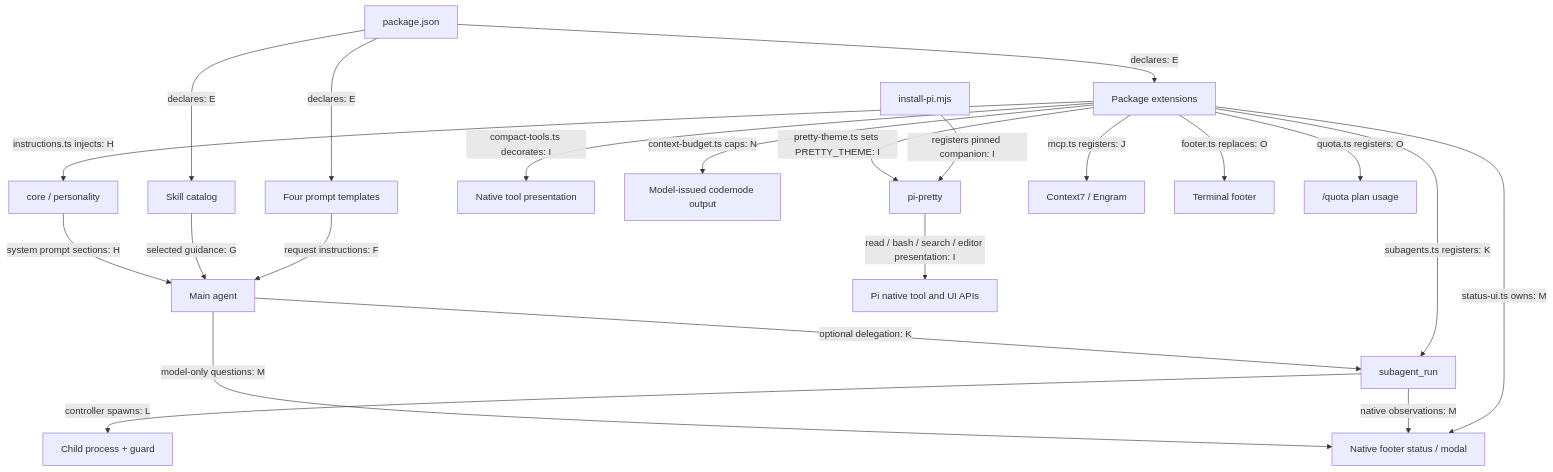
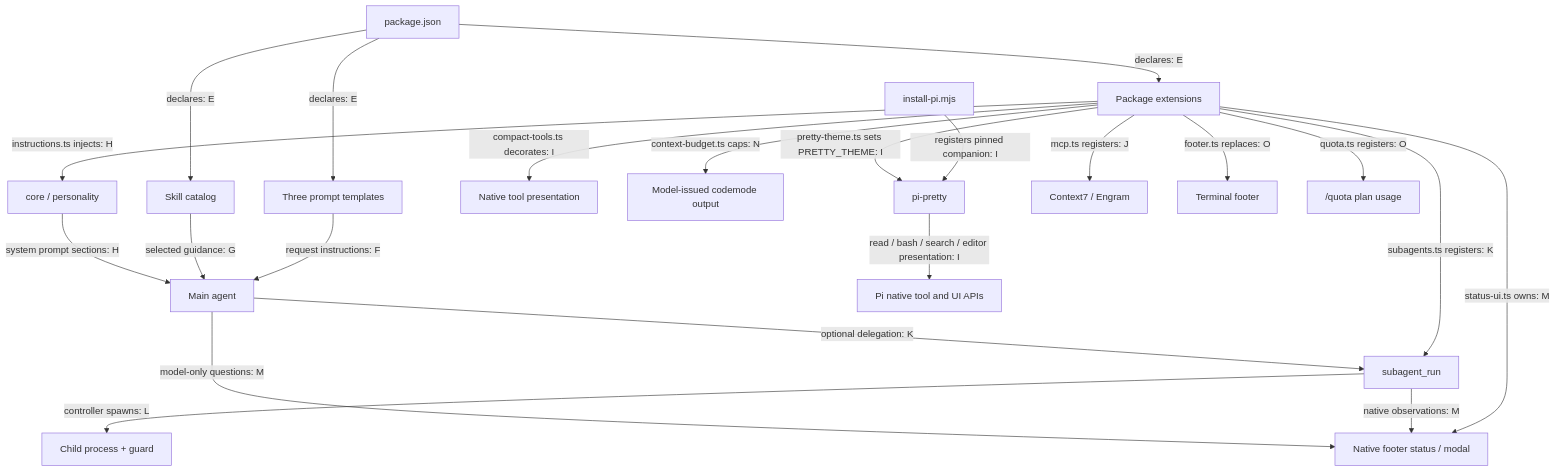
The second of 2 diagrams in docs/architecture/index.md (andresnator/pi-orchestraitor), drawn with Mermaid before and after one commit. The commit also changed other lines of this file and 49 other files, not shown here.

````diff
--- a/docs/architecture/index.md
+++ b/docs/architecture/index.md
@@ -37,24 +37,24 @@
 ```mermaid
 flowchart TB
   M[package.json] -->|declares: E| X[Package extensions]
-  M -->|declares: E| P[Four prompt templates]
+  M -->|declares: E| P[Three prompt templates]
   M -->|declares: E| S[Skill catalog]
   P -->|request instructions: F| A[Main agent]
   S -->|selected guidance: G| A
   X -->|instructions.ts injects: H| I[core / personality]
   I -->|system prompt sections: H| A
   X -->|compact-tools.ts decorates: I| T[Native tool presentation]
   X -->|context-budget.ts caps: N| CB[Model-issued codemode output]
   INS[install-pi.mjs] -->|registers pinned companion: I| PP[pi-pretty]
   X -->|pretty-theme.ts sets PRETTY_THEME: I| PP
   PP -->|read / bash / search / editor presentation: I| PUI[Pi native tool and UI APIs]
   X -->|mcp.ts registers: J| MCP[Context7 / Engram]
   X -->|subagents.ts registers: K| SR[subagent_run]
   A -->|optional delegation: K| SR
   SR -->|controller spawns: L| CH[Child process + guard]
   X -->|status-ui.ts owns: M| UI[Native footer status / modal]
   SR -->|native observations: M| UI
   A -->|model-only questions: M| UI
   X -->|footer.ts replaces: O| FT[Terminal footer]
   X -->|quota.ts registers: O| Q["/quota plan usage"]
 ```
````
